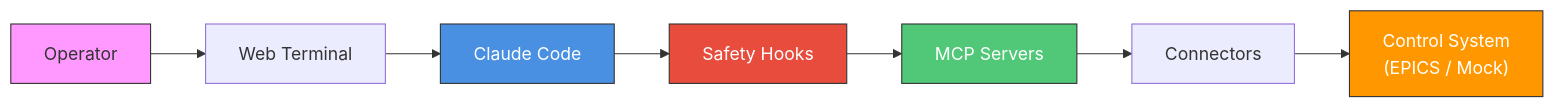
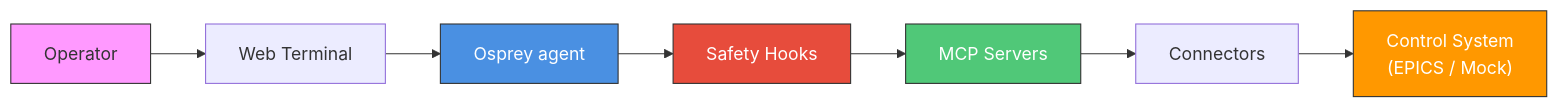
The first of 3 diagrams in _sources/architecture/index.rst (als-apg/osprey), drawn with Mermaid before and after one commit. The commit also changed other lines of this file and 117 other files, not shown here.

```diff
--- a/_sources/architecture/index.rst
+++ b/_sources/architecture/index.rst
@@ -8,15 +8,15 @@
 .. mermaid::
 
    flowchart LR
        User["Operator"] --> WebTerm["Web Terminal"]
-       WebTerm --> Claude["Claude Code"]
+       WebTerm --> Claude["Osprey agent"]
        Claude --> Hooks["Safety Hooks"]
        Hooks --> MCP["MCP Servers"]
        MCP --> Conn["Connectors"]
        Conn --> HW["Control System<br/>(EPICS / Mock)"]
 
        style User fill:#f9f,stroke:#333
        style Claude fill:#4a90e2,stroke:#333,color:#fff
        style Hooks fill:#e74c3c,stroke:#333,color:#fff
        style MCP fill:#50c878,stroke:#333,color:#fff
        style HW fill:#ff9800,stroke:#333,color:#fff
```
